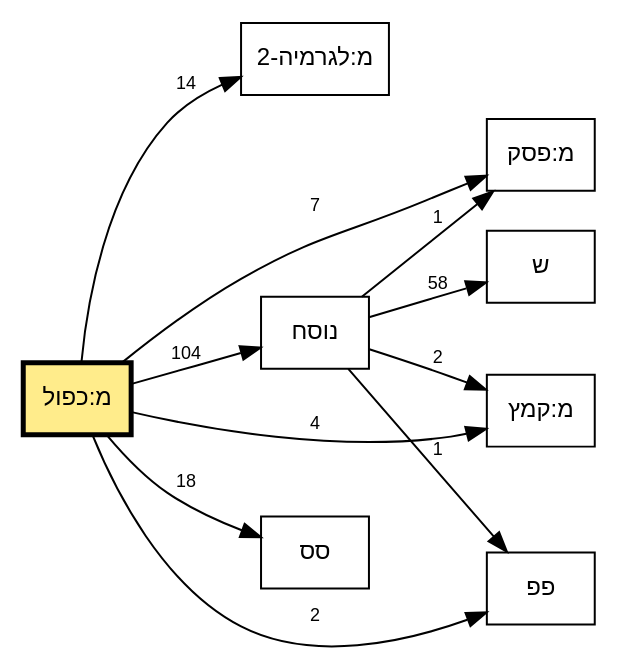
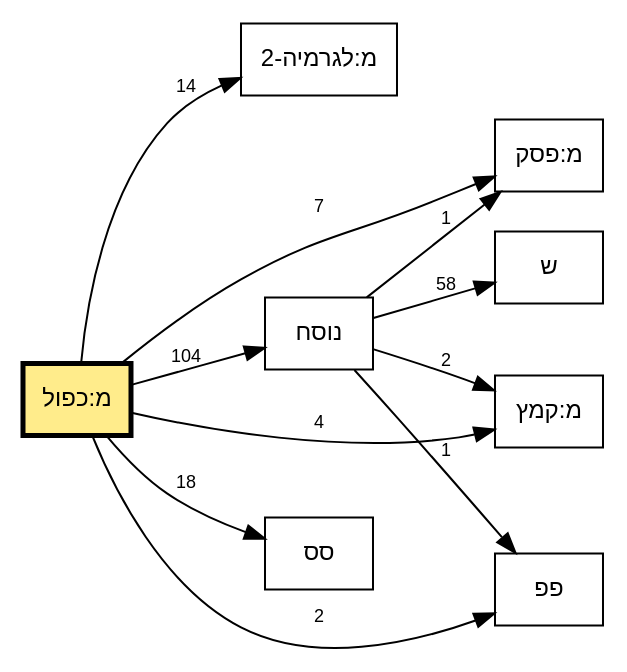
Before and after one commit to bdenckla/MAM-basics: the diagram in out/tmpl-survey-plus/plus-dualcant-call-graph.dot, drawn with Graphviz. The commit also changed 26 other files, not shown here.

```diff
--- a/out/tmpl-survey-plus/plus-dualcant-call-graph.dot
+++ b/out/tmpl-survey-plus/plus-dualcant-call-graph.dot
@@ -1,24 +1,24 @@
 // This file was generated by MAM-basics/py/main_tmpl_survey.py.
 // Do not edit by hand.
 digraph template_call_graph {
     rankdir=LR;
-    node [fontname="SBL Hebrew,Helvetica", fontsize=12];
+    node [fontname="Helvetica", fontsize=12];
     edge [fontname="Helvetica", fontsize=9];
     graph [comment="This file was generated by MAM-basics/py/main_tmpl_survey.py."];
 
     // Template nodes
     node [shape=box, style=""];
     "מ:כפול" [fillcolor="lightgoldenrod1", style="filled", penwidth=2.5];
 
     // Edges
     "מ:כפול" -> "מ:לגרמיה-2" [label="14"];
     "מ:כפול" -> "מ:פסק" [label="7"];
     "מ:כפול" -> "מ:קמץ" [label="4"];
     "מ:כפול" -> "נוסח" [label="104"];
     "מ:כפול" -> "סס" [label="18"];
     "מ:כפול" -> "פפ" [label="2"];
     "נוסח" -> "מ:פסק" [label="1"];
     "נוסח" -> "מ:קמץ" [label="2"];
     "נוסח" -> "פפ" [label="1"];
     "נוסח" -> "ש" [label="58"];
 }
```
